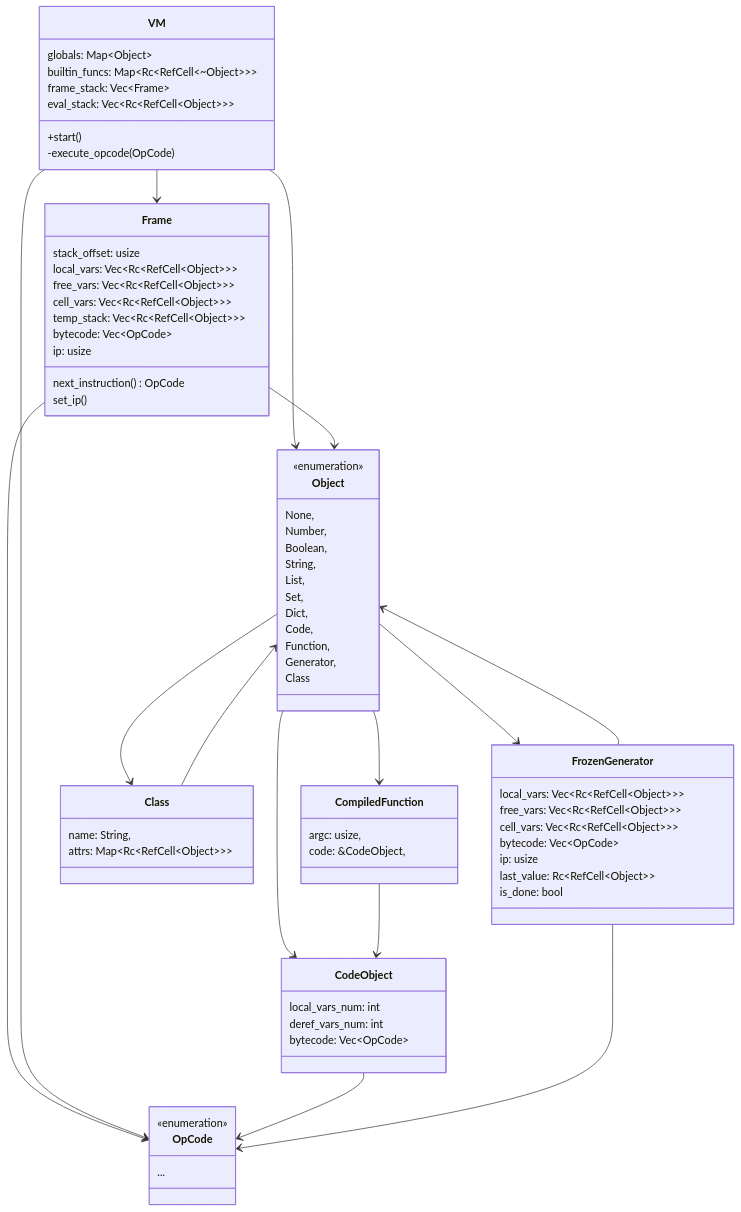
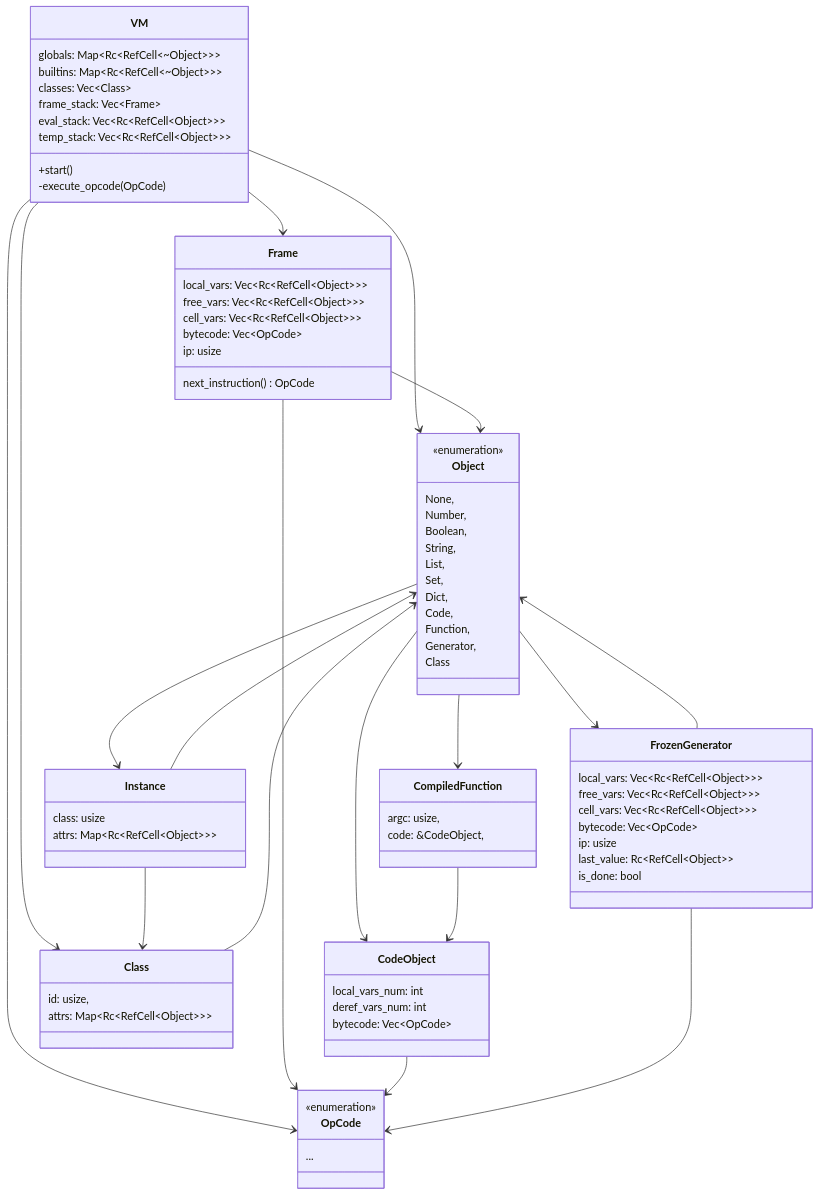
The diagram in specs/bytecode.md (philipostr/PDP), drawn with Mermaid before and after one commit. The commit also changed 28 other files, not shown here.

````diff
--- a/specs/bytecode.md
+++ b/specs/bytecode.md
@@ -5,23 +5,22 @@
 ---
 classDiagram
     class VM {
-        globals: Map~Object~
-        builtin_funcs: Map~Rc~RefCell~~Object~~~
+        globals: Map~Rc~RefCell~~Object~~~
+        builtins: Map~Rc~RefCell~~Object~~~
+        classes: Vec~Class~
         frame_stack: Vec~Frame~
         eval_stack: Vec~Rc~RefCell~Object~~~
+        temp_stack: Vec~Rc~RefCell~Object~~~
         +start()
         -execute_opcode(OpCode)
     }
     class Frame {
-        stack_offset: usize
         local_vars: Vec~Rc~RefCell~Object~~~
         free_vars: Vec~Rc~RefCell~Object~~~
         cell_vars: Vec~Rc~RefCell~Object~~~
-        temp_stack: Vec~Rc~RefCell~Object~~~
         bytecode: Vec~OpCode~
         ip: usize
         next_instruction() OpCode
-        set_ip()
     }
     class OpCode {
         <<enumeration>>
@@ -60,18 +59,23 @@
         last_value: Rc~RefCell~Object~~
         is_done: bool
     }
+    class Instance {
+        class: usize
+        attrs: Map~Rc~RefCell~Object~~~
+    }
     class Class {
-        name: String,
+        id: usize,
         attrs: Map~Rc~RefCell~Object~~~
     }
 
     VM --> Frame
     VM --> Object
+    VM --> Class
+    VM --> OpCode
     Frame --> Object
     Frame --> OpCode
-    VM --> OpCode
 
-    Object --> Class
+    Object --> Instance
     Object --> CodeObject
     Object --> CompiledFunction
     Object --> FrozenGenerator
@@ -79,5 +83,7 @@
     CompiledFunction --> CodeObject
     FrozenGenerator --> Object
     FrozenGenerator --> OpCode
+    Instance --> Class
+    Instance --> Object
     Class --> Object
 ```
````
